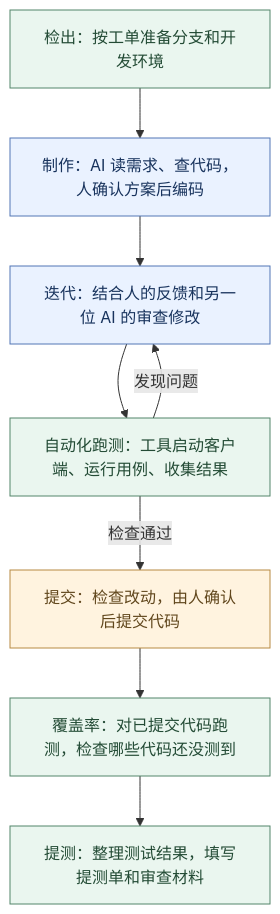
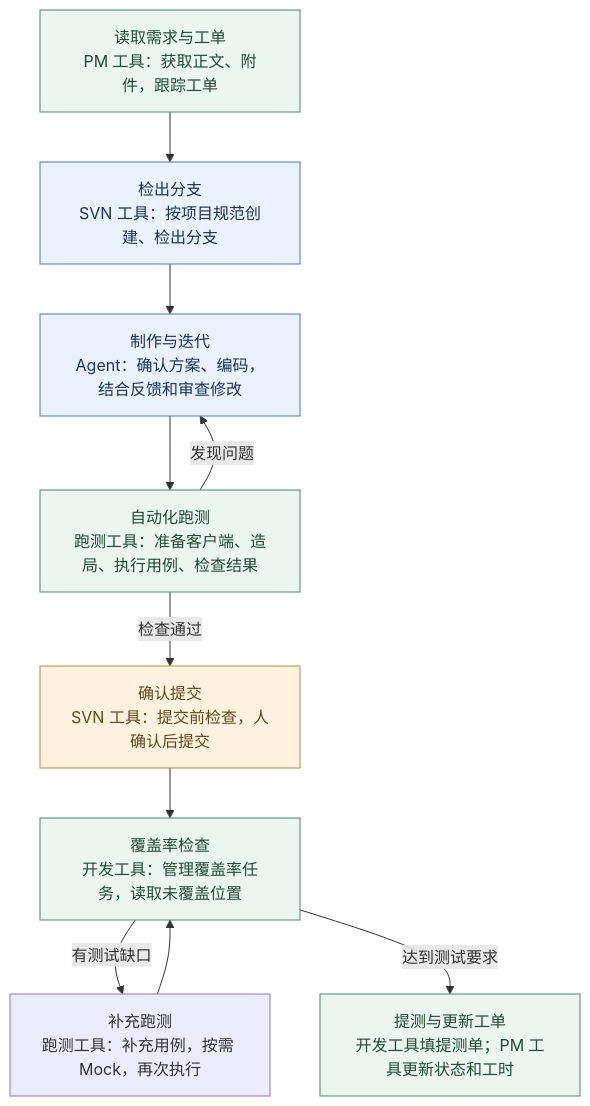
Before and after one commit to kirakuiin/note: the second of 2 diagrams in Obsidian Vault/AI在开发和维护中的应用-分享稿.md, drawn with Mermaid. The commit also changed other lines of this file and 3 other files, not shown here.

````diff
--- a/Obsidian Vault/AI在开发和维护中的应用-分享稿.md
+++ b/Obsidian Vault/AI在开发和维护中的应用-分享稿.md
@@ -44,22 +55,26 @@
 ```mermaid
 flowchart TD
-    A[检出：按工单准备分支和开发环境]
-    B[制作：AI 读需求、查代码，人确认方案后编码]
-    C[迭代：结合人的反馈和另一位 AI 的审查修改]
-    D[自动化跑测：工具启动客户端、运行用例、收集结果]
-    E[提交：检查改动，由人确认后提交代码]
-    F[覆盖率：对已提交代码跑测，检查哪些代码还没测到]
-    G[提测：整理测试结果，填写提测单和审查材料]
+    A[读取需求与工单<br/>PM 工具：获取正文、附件，跟踪工单]
+    B[检出分支<br/>SVN 工具：按项目规范创建、检出分支]
+    C[制作与迭代<br/>Agent：确认方案、编码，结合反馈和审查修改]
+    D[自动化跑测<br/>跑测工具：准备客户端、造局、执行用例、检查结果]
+    E[确认提交<br/>SVN 工具：提交前检查，人确认后提交]
+    F[覆盖率检查<br/>开发工具：管理覆盖率任务，读取未覆盖位置]
+    H[补充跑测<br/>跑测工具：补充用例，按需 Mock，再次执行]
+    G[提测与更新工单<br/>开发工具填提测单；PM 工具更新状态和工时]
 
     A --> B --> C --> D
     D -->|发现问题| C
     D -->|检查通过| E
-    E --> F --> G
+    E --> F
+    F -->|有测试缺口| H
+    H --> F
+    F -->|达到测试要求| G
 
     classDef ai fill:#EAF2FF,stroke:#5276B5,color:#18335D;
     classDef tool fill:#EAF6EF,stroke:#53856A,color:#234B35;
     classDef human fill:#FFF3DF,stroke:#B78A42,color:#61471D;
     class B,C ai;
     class A,D,F,G tool;
     class E human;
 ```
````
